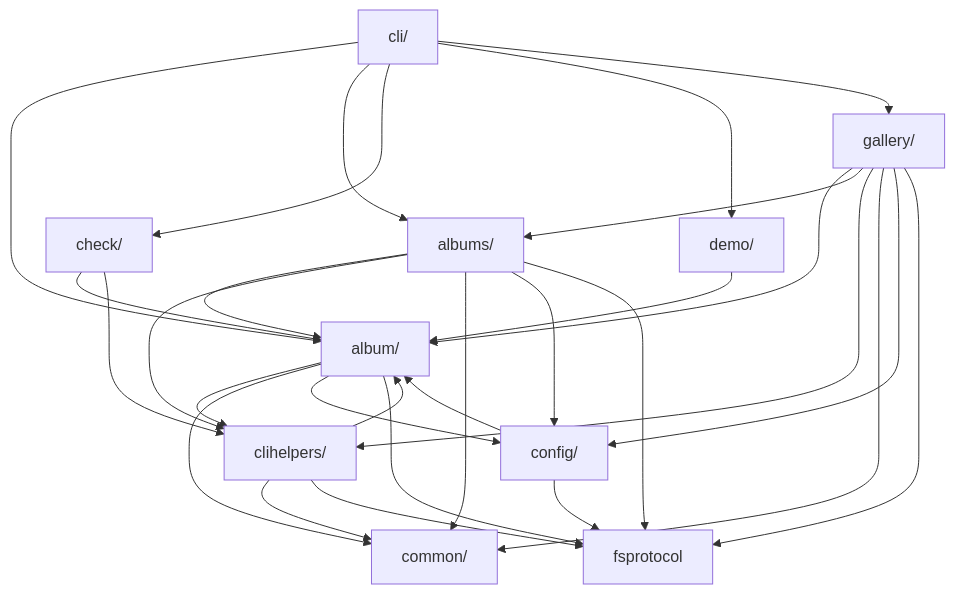
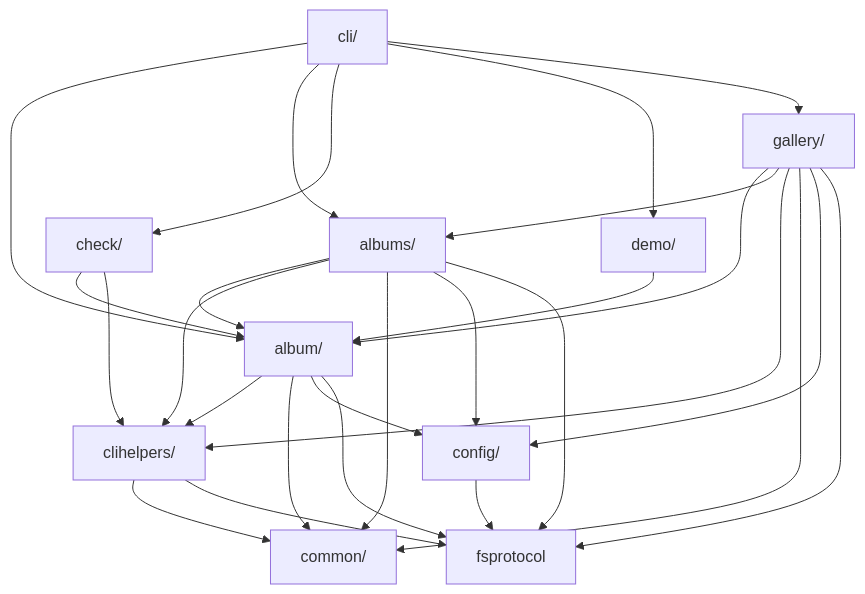
Before and after one commit to iglootools/photree: the diagram in docs/architecture.md, drawn with Mermaid. The commit also changed 9 other files, not shown here.

````diff
--- a/docs/architecture.md
+++ b/docs/architecture.md
@@ -17,42 +17,40 @@
 ```mermaid
 graph TD
     album["album/"]
     albums["albums/"]
     check["check/"]
     cli["cli/"]
     clihelpers["clihelpers/"]
     common["common/"]
     config["config/"]
     demo["demo/"]
     fsprotocol["fsprotocol"]
     gallery["gallery/"]
 
     album --> clihelpers
     album --> common
     album --> config
     album --> fsprotocol
     albums --> album
     albums --> clihelpers
     albums --> common
     albums --> config
     albums --> fsprotocol
     check --> album
     check --> clihelpers
     cli --> album
     cli --> albums
     cli --> check
     cli --> demo
     cli --> gallery
-    clihelpers --> album
     clihelpers --> common
     clihelpers --> fsprotocol
-    config --> album
     config --> fsprotocol
     demo --> album
     gallery --> album
     gallery --> albums
     gallery --> clihelpers
     gallery --> common
     gallery --> config
     gallery --> fsprotocol
 ```
````
